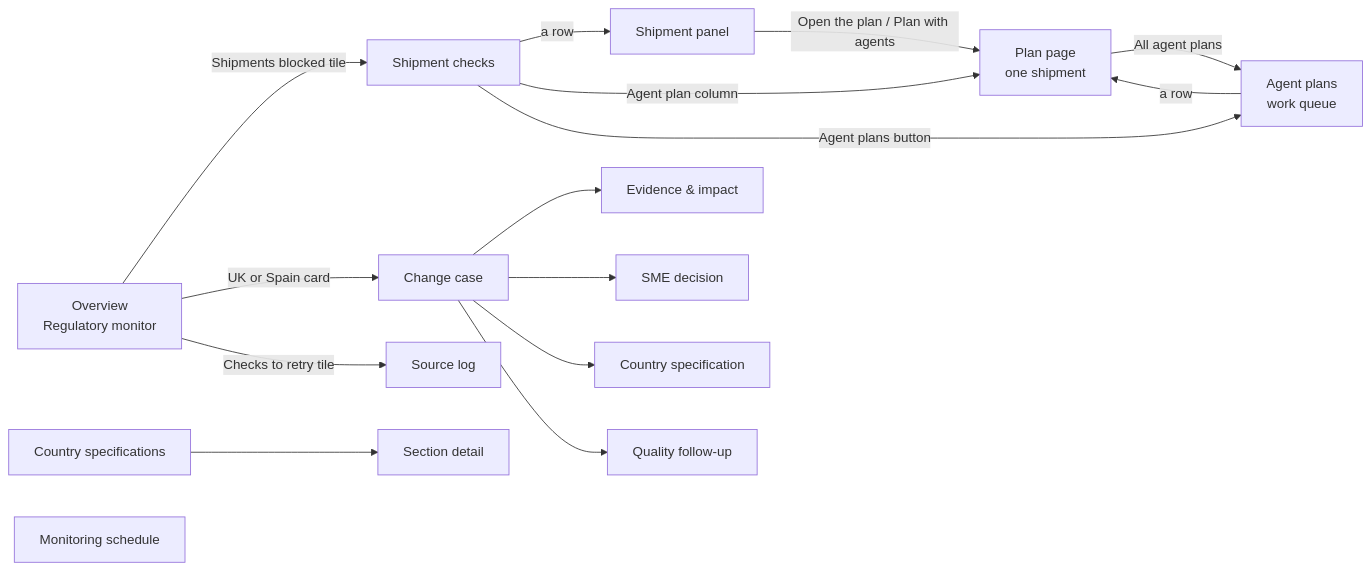
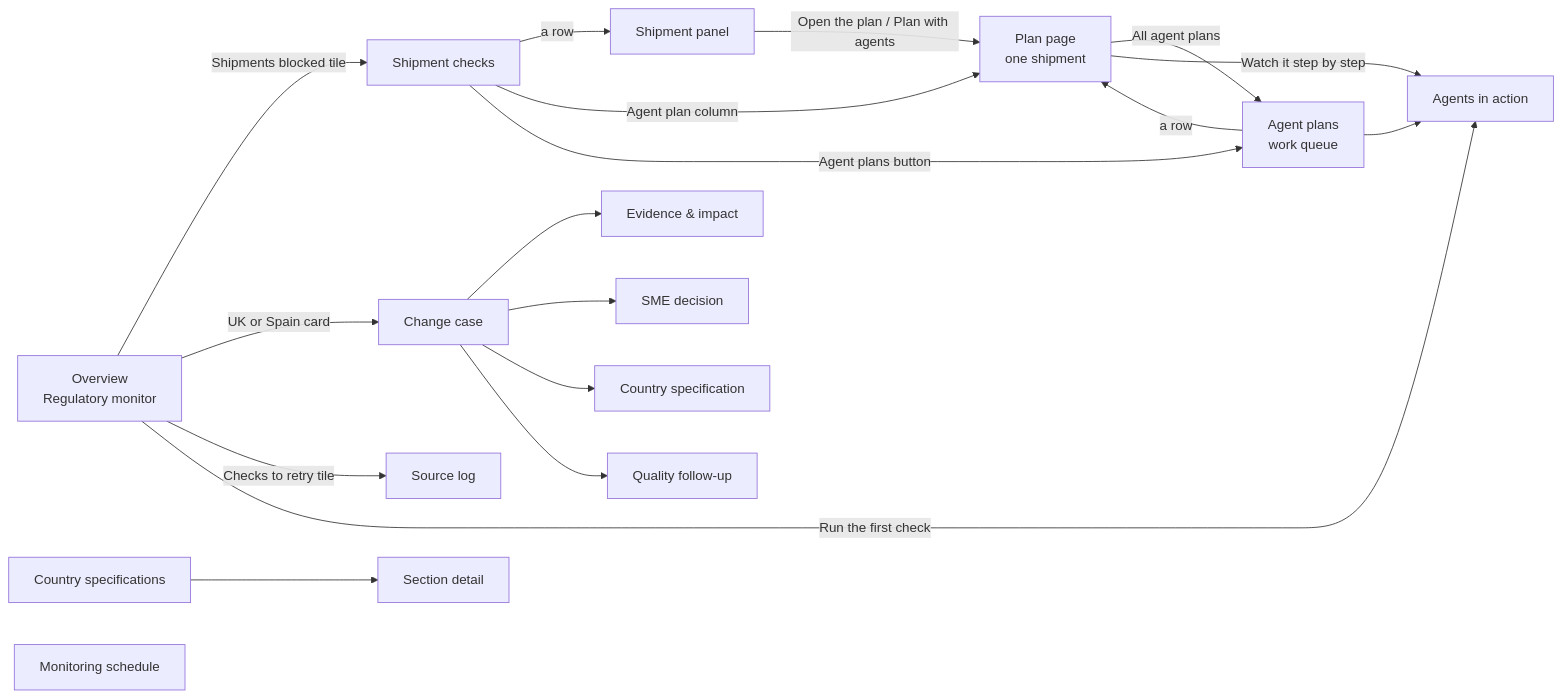
The first of 5 diagrams in RegChain-AI-User-Journeys.md (Gpanaritis/ClinRadar), drawn with Mermaid before and after one commit. The commit also changed other lines of this file and 12 other files, not shown here.

````diff
--- a/RegChain-AI-User-Journeys.md
+++ b/RegChain-AI-User-Journeys.md
@@ -20,18 +20,21 @@
 ```mermaid
 flowchart LR
   OV[Overview<br/>Regulatory monitor] -->|Shipments blocked tile| SC[Shipment checks]
   OV -->|UK or Spain card| CASE[Change case]
   OV -->|Checks to retry tile| SL[Source log]
   SC -->|a row| PANEL[Shipment panel]
   SC -->|Agent plan column| PLAN[Plan page<br/>one shipment]
   SC -->|Agent plans button| AP[Agent plans<br/>work queue]
   PANEL -->|Open the plan / Plan with agents| PLAN
   AP -->|a row| PLAN
   PLAN -->|All agent plans| AP
+  OV -->|Run the first check| TEAM[Agents in action]
+  PLAN -->|Watch it step by step| TEAM
+  AP --> TEAM
   CASE --> T1[Evidence & impact]
   CASE --> T2[SME decision]
   CASE --> T3[Country specification]
   CASE --> T4[Quality follow-up]
   CS[Country specifications] --> SEC[Section detail]
   MS[Monitoring schedule]
 ```
````
